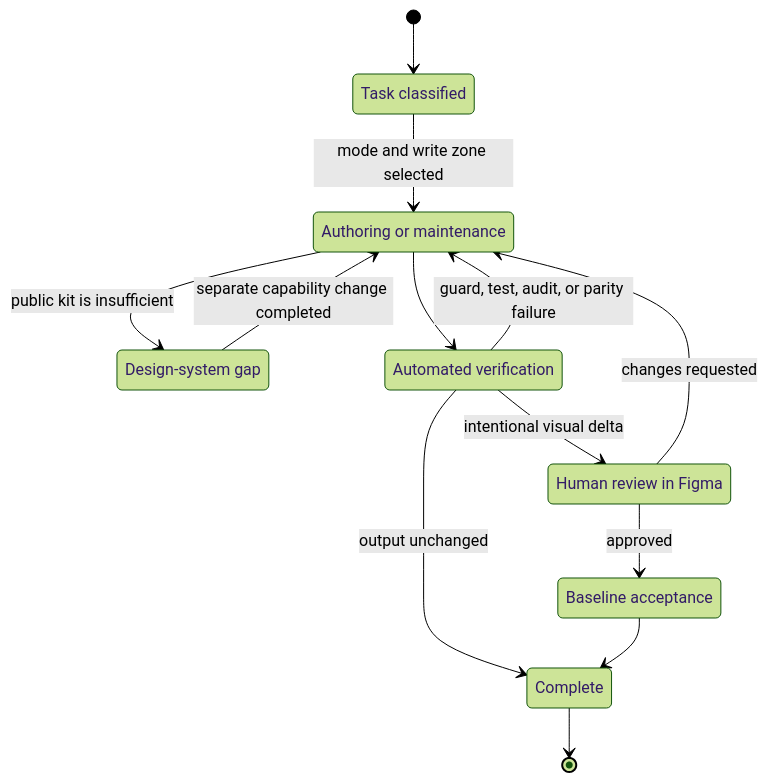
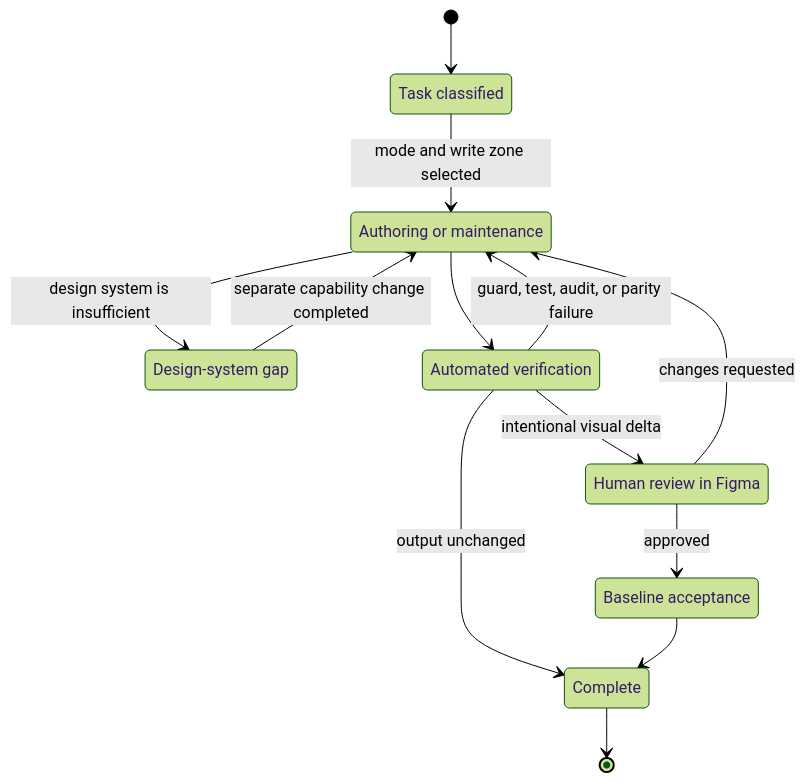
Before and after one commit to zestones/figma-harness: the diagram in docs/ia/README.md, drawn with Mermaid (forest theme). The commit also changed other lines of this file and 402 other files, not shown here.

````diff
--- a/docs/ia/README.md
+++ b/docs/ia/README.md
@@ -19,23 +19,23 @@
 ```mermaid
 stateDiagram-v2
     state "Task classified" as Classified
     state "Authoring or maintenance" as Work
     state "Design-system gap" as Gap
     state "Automated verification" as Verification
     state "Human review in Figma" as Review
     state "Baseline acceptance" as Acceptance
     state "Complete" as Complete
 
     [*] --> Classified
     Classified --> Work: mode and write zone selected
-    Work --> Gap: public kit is insufficient
+    Work --> Gap: design system is insufficient
     Gap --> Work: separate capability change completed
     Work --> Verification
     Verification --> Work: guard, test, audit, or parity failure
     Verification --> Complete: output unchanged
     Verification --> Review: intentional visual delta
     Review --> Work: changes requested
     Review --> Acceptance: approved
     Acceptance --> Complete
     Complete --> [*]
 ```
````
